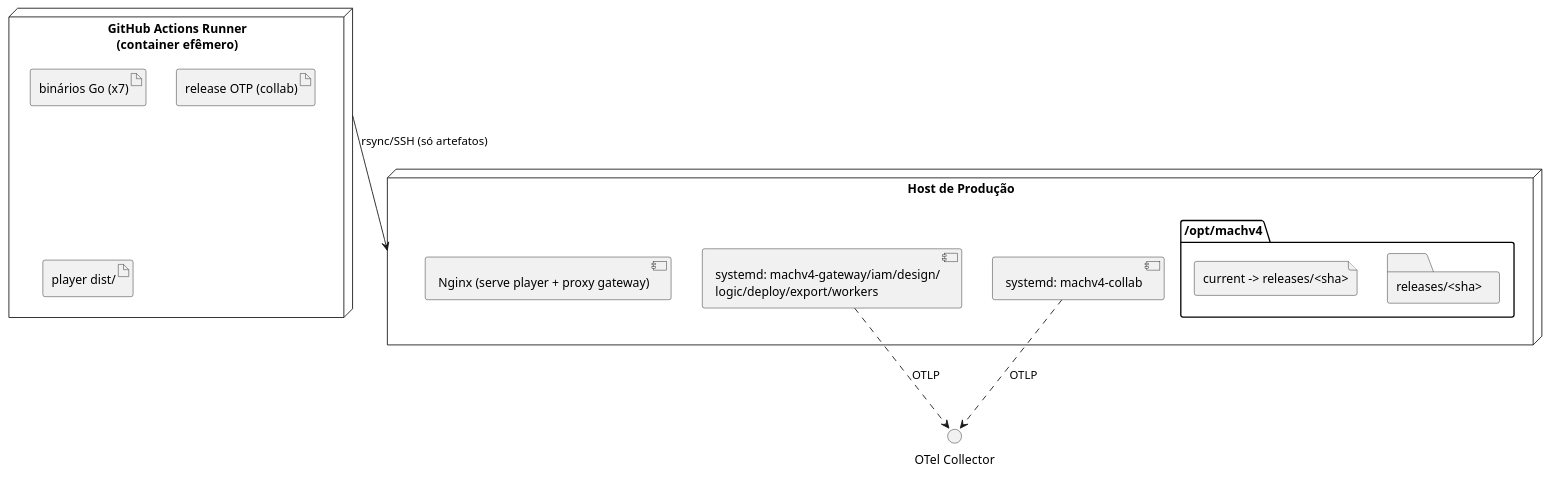
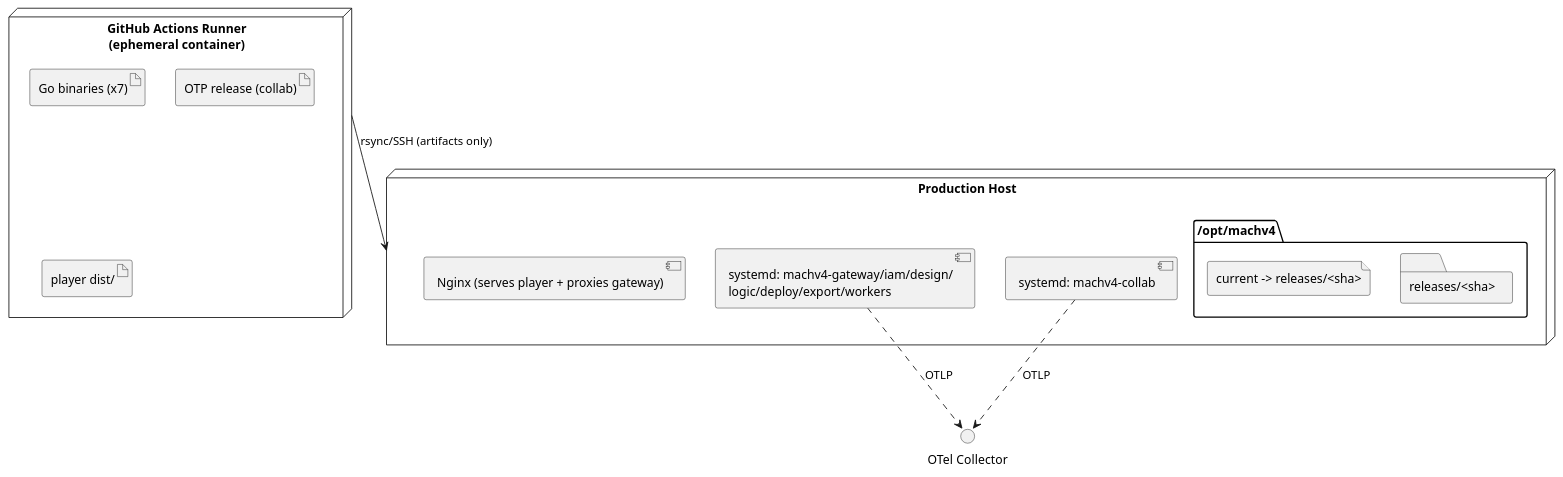
Before and after one commit to GiovaniRodrigo/arquitetura-mach-saas-nocode: the third of 3 diagrams in specs/002-entrega-continua-artefatos/spec.md, drawn with PlantUML. The commit also changed other lines of this file and 86 other files, not shown here.

````diff
--- a/specs/002-entrega-continua-artefatos/spec.md
+++ b/specs/002-entrega-continua-artefatos/spec.md
@@ -173,23 +173,23 @@
 ```plantuml
 @startuml
-node "GitHub Actions Runner\n(container efêmero)" as Runner {
-  artifact "binários Go (x7)"
-  artifact "release OTP (collab)"
+node "GitHub Actions Runner\n(ephemeral container)" as Runner {
+  artifact "Go binaries (x7)"
+  artifact "OTP release (collab)"
   artifact "player dist/"
 }
 
-node "Host de Produção" as Prod {
+node "Production Host" as Prod {
   folder "/opt/machv4" {
     folder "releases/<sha>"
     file "current -> releases/<sha>"
   }
   component "systemd: machv4-gateway/iam/design/\nlogic/deploy/export/workers" as SD
   component "systemd: machv4-collab" as COL
-  component "Nginx (serve player + proxy gateway)" as NG
+  component "Nginx (serves player + proxies gateway)" as NG
 }
 
-Runner --> Prod : rsync/SSH (só artefatos)
+Runner --> Prod : rsync/SSH (artifacts only)
 SD ..> "OTel Collector" : OTLP
 COL ..> "OTel Collector" : OTLP
 @enduml
 ```
````
